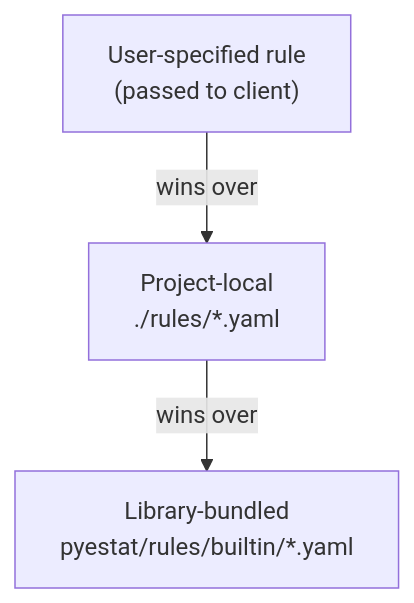
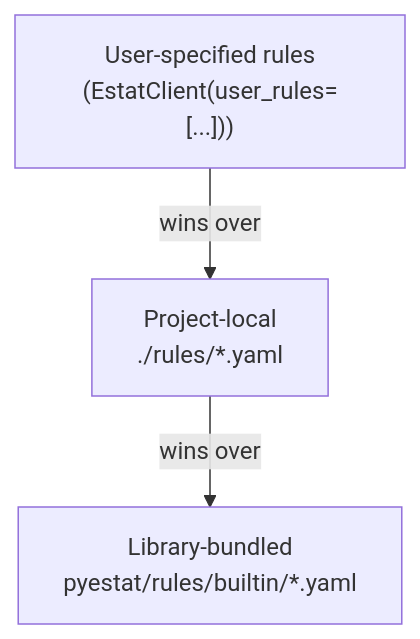
The fourth of 6 diagrams in docs/ARCHITECTURE.md (khaym/pyestat), drawn with Mermaid before and after one commit. The commit also changed other lines of this file, not shown here.

First line of the commit message:
Document that rule=Rule(...) bypasses the Matcher Pipeline

````diff
--- a/docs/ARCHITECTURE.md
+++ b/docs/ARCHITECTURE.md
@@ -234,9 +234,9 @@
 ```mermaid
 graph TD
-    U["User-specified rule<br/>(passed to client)"]
+    U["User-specified rules<br/>(EstatClient(user_rules=[...]))"]
     P["Project-local<br/>./rules/*.yaml"]
     B["Library-bundled<br/>pyestat/rules/builtin/*.yaml"]
 
     U -->|wins over| P
     P -->|wins over| B
 ```
````
